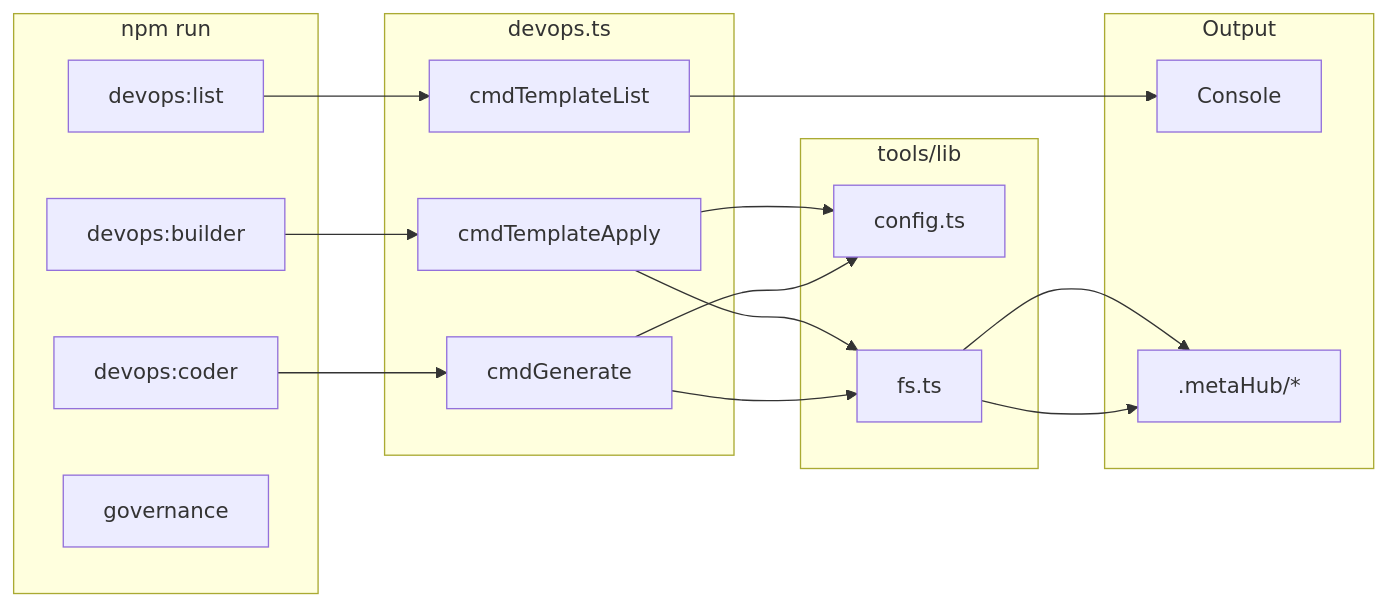
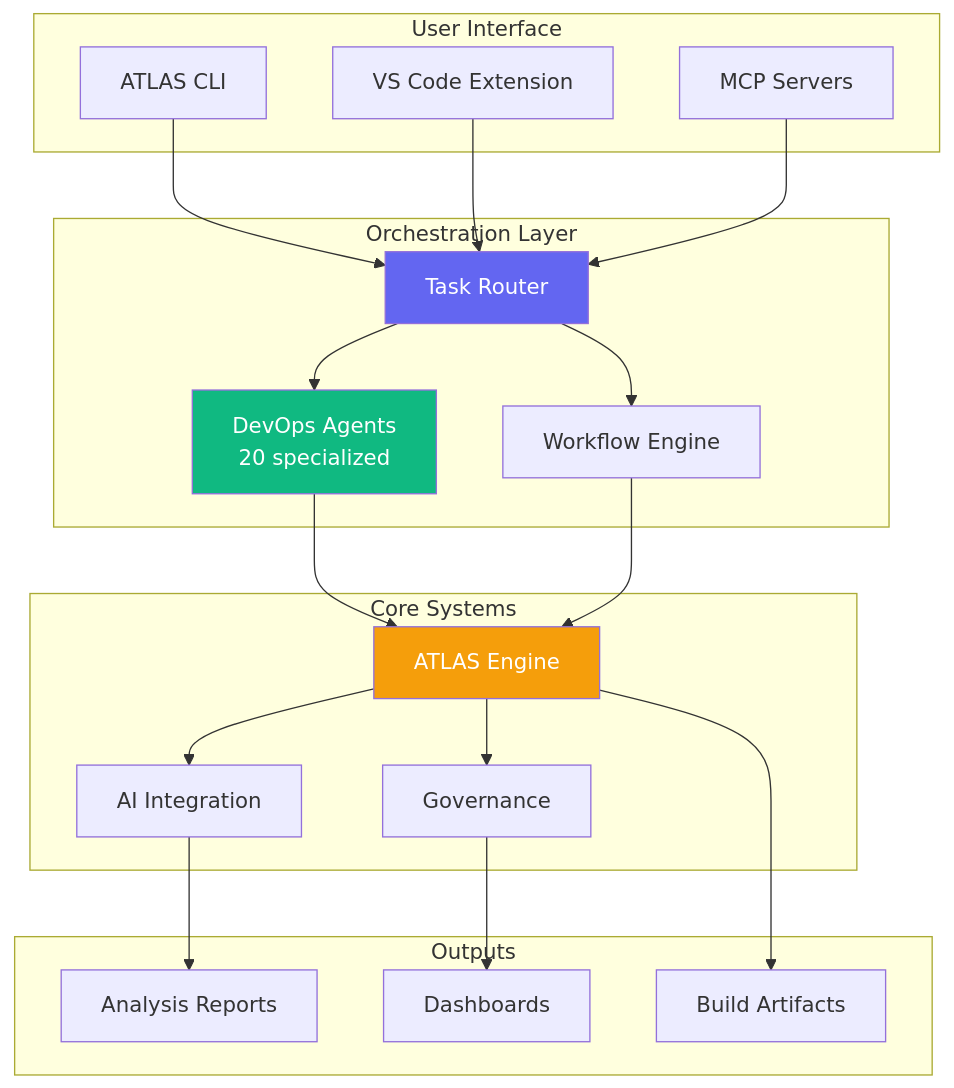
Before and after one commit to alaweimm90/alaweimm90: the first of 5 diagrams in docs/CODEMAP.md, drawn with Mermaid. The commit also changed other lines of this file and 148 other files, not shown here.

````diff
--- a/docs/CODEMAP.md
+++ b/docs/CODEMAP.md
@@ -57,32 +34,46 @@
 ```mermaid
-flowchart LR
-    subgraph Commands["npm run"]
-        list[devops:list]
-        builder[devops:builder]
-        coder[devops:coder]
-        gov[governance]
+flowchart TB
+    subgraph User["User Interface"]
+        CLI[ATLAS CLI]
+        VSCode[VS Code Extension]
+        MCP[MCP Servers]
     end
 
-    subgraph DevOps["devops.ts"]
-        cmdList[cmdTemplateList]
-        cmdApply[cmdTemplateApply]
-        cmdGen[cmdGenerate]
+    subgraph Orchestration["Orchestration Layer"]
+        Router[Task Router]
+        DevOpsAgents[DevOps Agents<br/>20 specialized]
+        Workflow[Workflow Engine]
     end
 
-    subgraph Lib["tools/lib"]
-        config[config.ts]
-        fs[fs.ts]
+    subgraph Core["Core Systems"]
+        Atlas[ATLAS Engine]
+        AI[AI Integration]
+        Governance[Governance]
     end
 
-    subgraph Output["Output"]
-        console[Console]
-        files[.metaHub/*]
+    subgraph Output["Outputs"]
+        Reports[Analysis Reports]
+        Metrics[Dashboards]
+        Artifacts[Build Artifacts]
     end
 
-    list --> cmdList --> console
-    builder --> cmdApply --> fs --> files
-    coder --> cmdGen --> fs --> files
+    CLI --> Router
+    VSCode --> Router
+    MCP --> Router
 
-    cmdApply --> config
-    cmdGen --> config
+    Router --> DevOpsAgents
+    Router --> Workflow
+    DevOpsAgents --> Atlas
+    Workflow --> Atlas
+
+    Atlas --> AI
+    Atlas --> Governance
+
+    AI --> Reports
+    Governance --> Metrics
+    Atlas --> Artifacts
+
+    style Router fill:#6366F1,color:#fff
+    style DevOpsAgents fill:#10B981,color:#fff
+    style Atlas fill:#F59E0B,color:#fff
 ```
````
